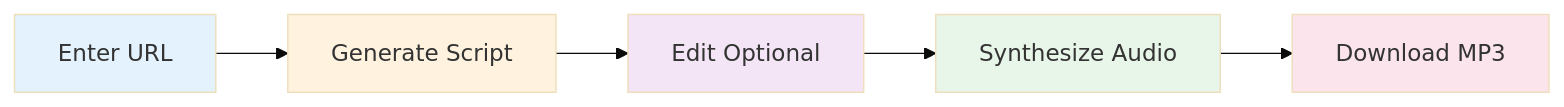
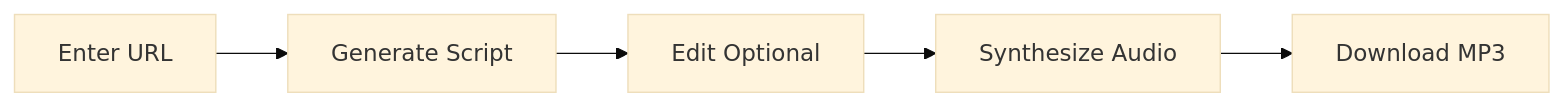
One commit to Hazenbox/Vani-ai changed the first of 2 diagrams in README.md. Above: the diagram before and after it, drawn with Mermaid (base theme). The commit also changed other lines of this file, not shown here.

First line of the commit message:
fix: improve README - audio player, diagram visibility, credits section

````diff
--- a/README.md
+++ b/README.md
@@ -212,13 +211,7 @@
 ```mermaid
 graph LR
     A[Enter URL] --> B[Generate Script]
     B --> C[Edit Optional]
     C --> D[Synthesize Audio]
     D --> E[Download MP3]
-    
-    style A fill:#e3f2fd
-    style B fill:#fff3e0
-    style C fill:#f3e5f5
-    style D fill:#e8f5e9
-    style E fill:#fce4ec
 ```
````
